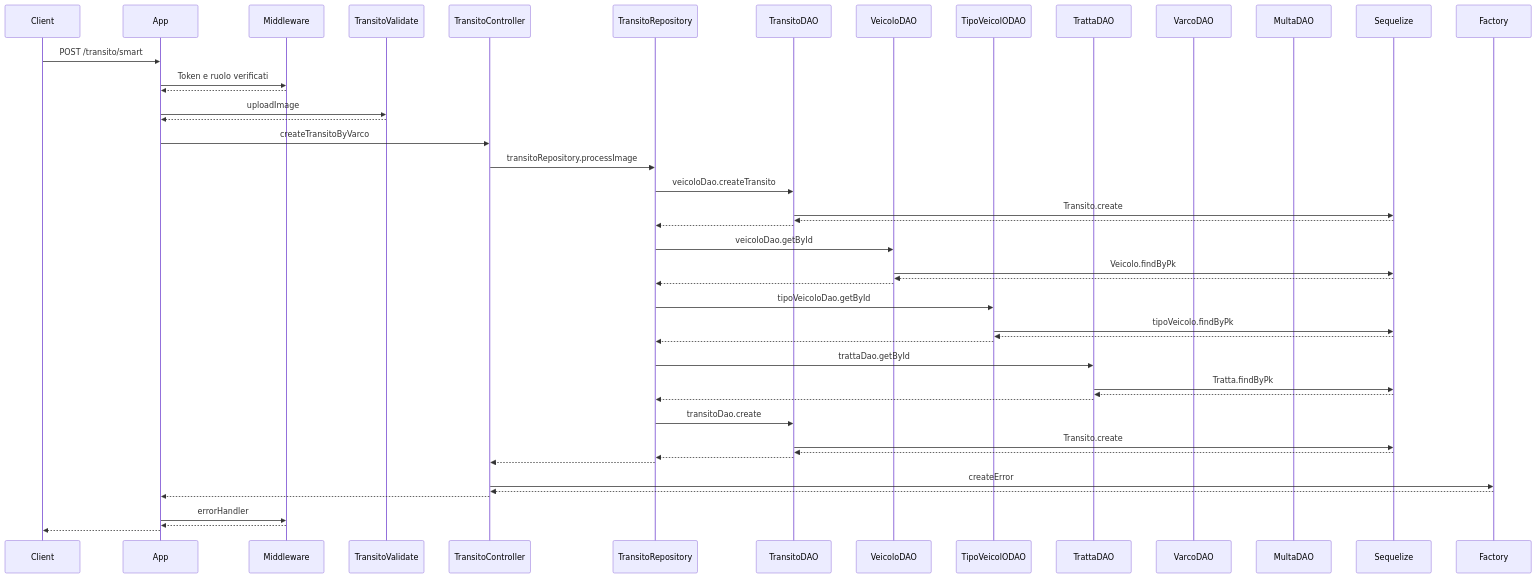
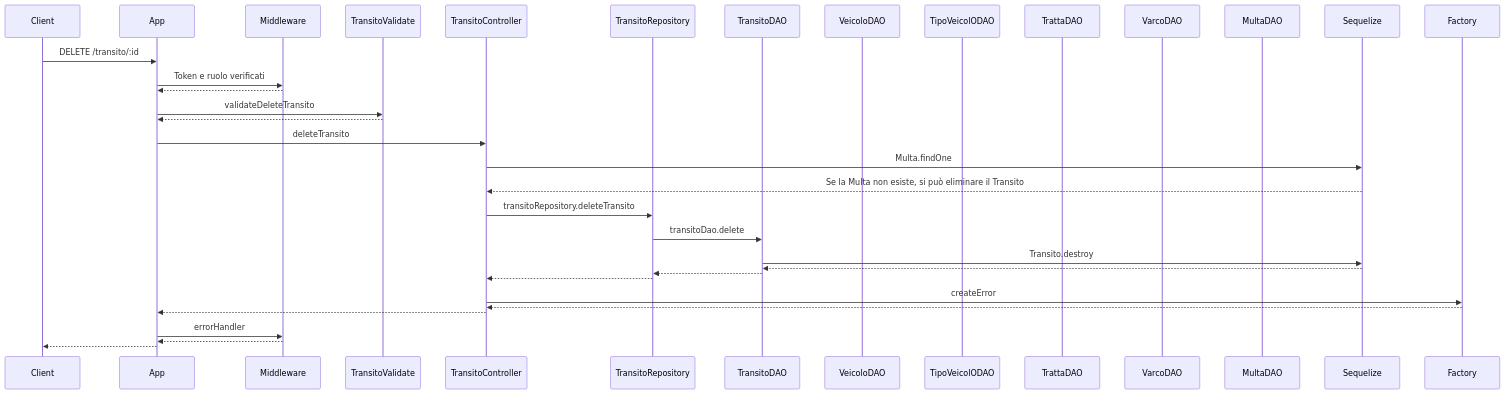
One commit to MattSona99/ProgettoPA changed diagram 11 of 11 in README.md. Above: the diagram before and after it, drawn with Mermaid. The commit also changed other lines of this file, not shown here.

````diff
--- a/README.md
+++ b/README.md
@@ -553,52 +583,38 @@
 ```mermaid
 sequenceDiagram
   participant C as Client
   participant A as App
   participant M as Middleware
   participant TV as TransitoValidate
   participant CN as TransitoController
   participant R as TransitoRepository
   participant TD as TransitoDAO
   participant VD as VeicoloDAO
   participant TVD as TipoVeicolODAO
   participant TTD as TrattaDAO
   participant VRD as VarcoDAO
   participant MD as MultaDAO
   participant S as Sequelize
   participant F as Factory
 
-  C ->> A: POST /transito/smart
+  C ->> A: DELETE /transito/:id
   A ->> M: Token e ruolo verificati
   M -->> A: 
-  A ->> TV: uploadImage
+  A ->> TV: validateDeleteTransito
   TV -->> A: 
-  A ->> CN: createTransitoByVarco
-  CN ->> R: transitoRepository.processImage
-  R ->> TD: veicoloDao.createTransito
-  TD ->> S: Transito.create
-  S -->> TD:
-  TD -->> R:
-  R ->> VD: veicoloDao.getById
-  VD ->> S: Veicolo.findByPk
-  S -->> VD:
-  VD -->> R:
-  R ->> TVD: tipoVeicoloDao.getById
-  TVD ->> S: tipoVeicolo.findByPk
-  S -->> TVD:
-  TVD -->> R:
-  R ->> TTD: trattaDao.getById
-  TTD ->> S: Tratta.findByPk
-  S -->> TTD:
-  TTD -->> R:
-  R ->> TD: transitoDao.create
-  TD ->> S: Transito.create
+  A ->> CN: deleteTransito
+  CN ->> S: Multa.findOne
+  S -->> CN: Se la Multa non esiste, si può eliminare il Transito
+  CN ->> R: transitoRepository.deleteTransito
+  R ->> TD: transitoDao.delete
+  TD ->> S: Transito.destroy
   S -->> TD:
   TD -->> R:
   R -->> CN: 
   CN ->> F: createError
   F -->> CN: 
   CN -->> A: 
   A ->> M: errorHandler
   M -->> A: 
-  A -->> C: 
+  A -->> C:  
 ```
````
